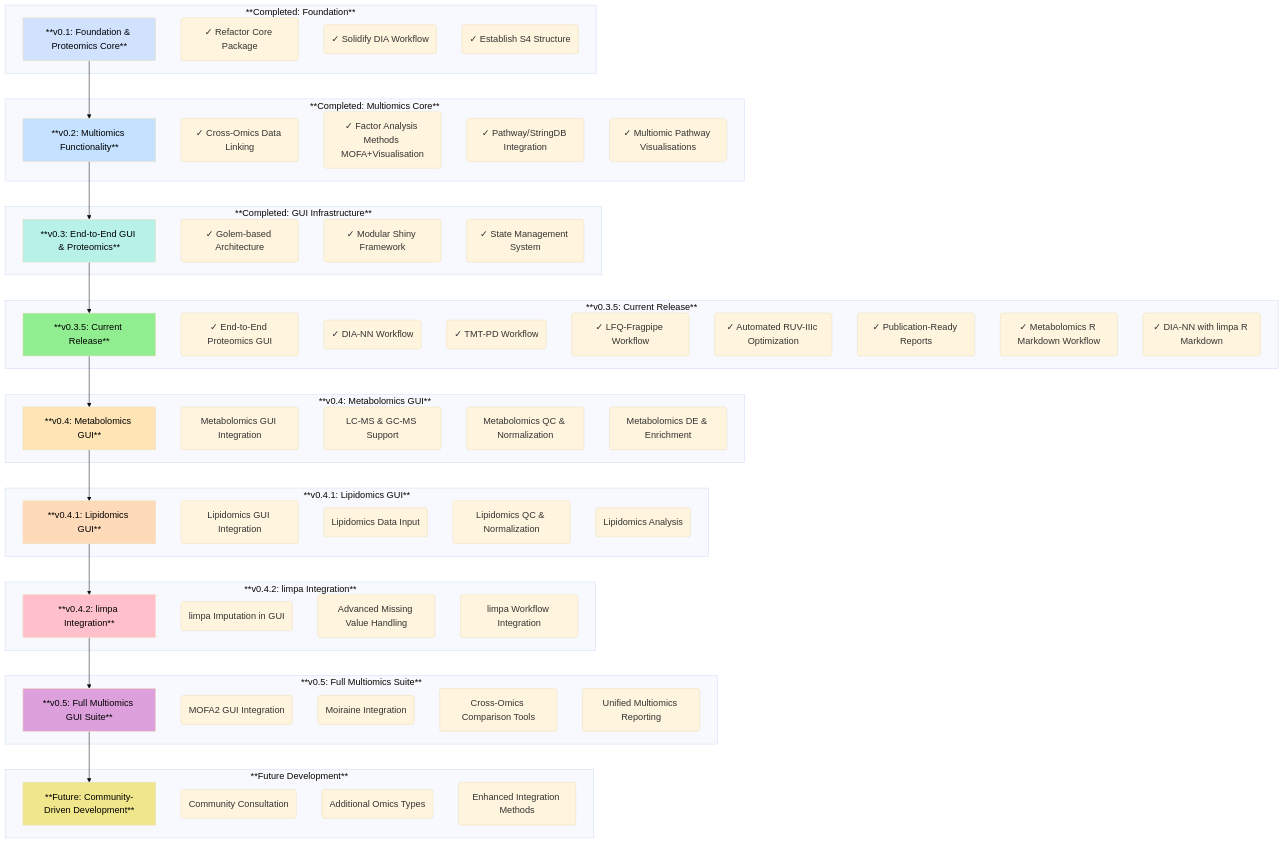
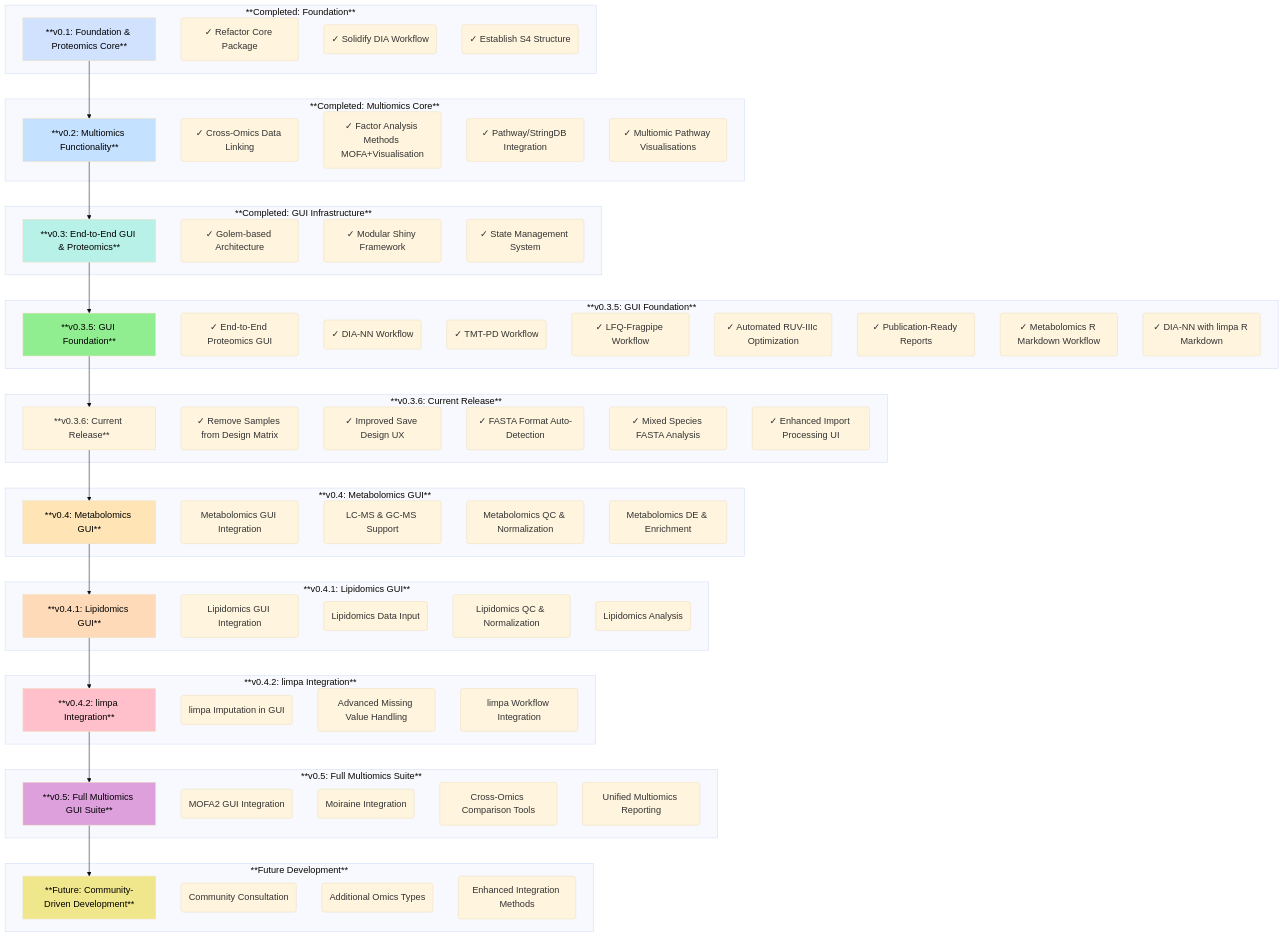
One commit to APAF-bioinformatics/MultiScholaR changed the second of 2 diagrams in README.md. Above: the diagram before and after it, drawn with Mermaid. The commit also changed other lines of this file and 5 other files, not shown here.

Commit message:
added functionality to cut samples, few ui improvements, process multi-organism fasta files.

```diff
--- a/README.md
+++ b/README.md
@@ -335,8 +367,9 @@
 graph TD
     A[**v0.1: Foundation & Proteomics Core**] --> B[**v0.2: Multiomics Functionality**];
     B --> C[**v0.3: End-to-End GUI & Proteomics**];
-    C --> D[**v0.3.5: Current Release**];
-    D --> E[**v0.4: Metabolomics GUI**];
+    C --> D[**v0.3.5: GUI Foundation**];
+    D --> D2[**v0.3.6: Current Release**];
+    D2 --> E[**v0.4: Metabolomics GUI**];
     E --> F[**v0.4.1: Lipidomics GUI**];
     F --> G[**v0.4.2: limpa Integration**];
     G --> H[**v0.5: Full Multiomics GUI Suite**];
@@ -364,16 +397,25 @@
         C3(✓ State Management System)
     end
     
-    subgraph "**v0.3.5: Current Release**"
+    subgraph "**v0.3.5: GUI Foundation**"
         D
         D1(✓ End-to-End Proteomics GUI)
-        D2(✓ DIA-NN Workflow)
-        D3(✓ TMT-PD Workflow)
-        D4(✓ LFQ-Fragpipe Workflow)
-        D5(✓ Automated RUV-IIIc Optimization)
-        D6(✓ Publication-Ready Reports)
-        D7(✓ Metabolomics R Markdown Workflow)
-        D8(✓ DIA-NN with limpa R Markdown)
+        D3(✓ DIA-NN Workflow)
+        D4(✓ TMT-PD Workflow)
+        D5(✓ LFQ-Fragpipe Workflow)
+        D6(✓ Automated RUV-IIIc Optimization)
+        D7(✓ Publication-Ready Reports)
+        D8(✓ Metabolomics R Markdown Workflow)
+        D9(✓ DIA-NN with limpa R Markdown)
+    end
+    
+    subgraph "**v0.3.6: Current Release**"
+        D2
+        D2a(✓ Remove Samples from Design Matrix)
+        D2b(✓ Improved Save Design UX)
+        D2c(✓ FASTA Format Auto-Detection)
+        D2d(✓ Mixed Species FASTA Analysis)
+        D2e(✓ Enhanced Import Processing UI)
     end
     
     subgraph "**v0.4: Metabolomics GUI**"
```
